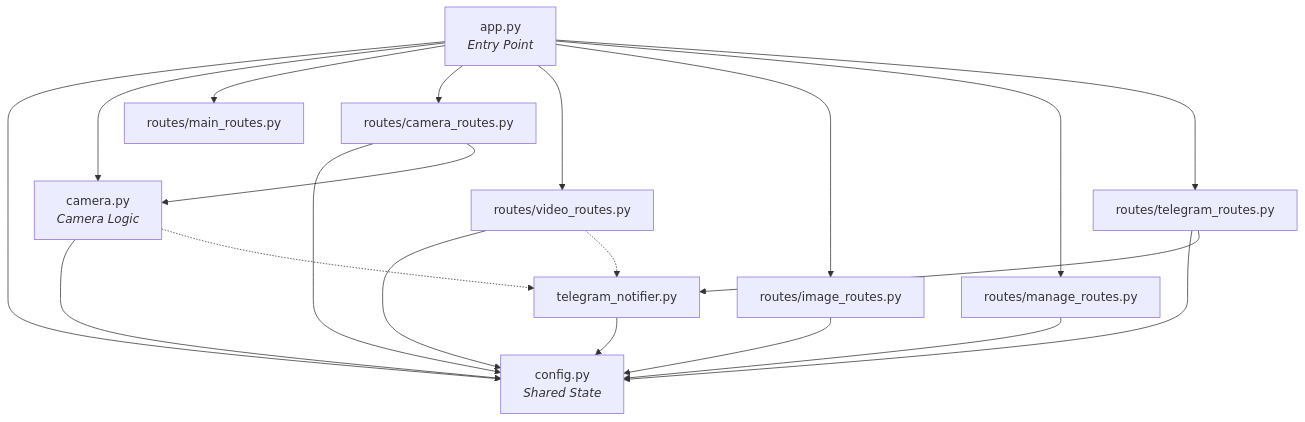
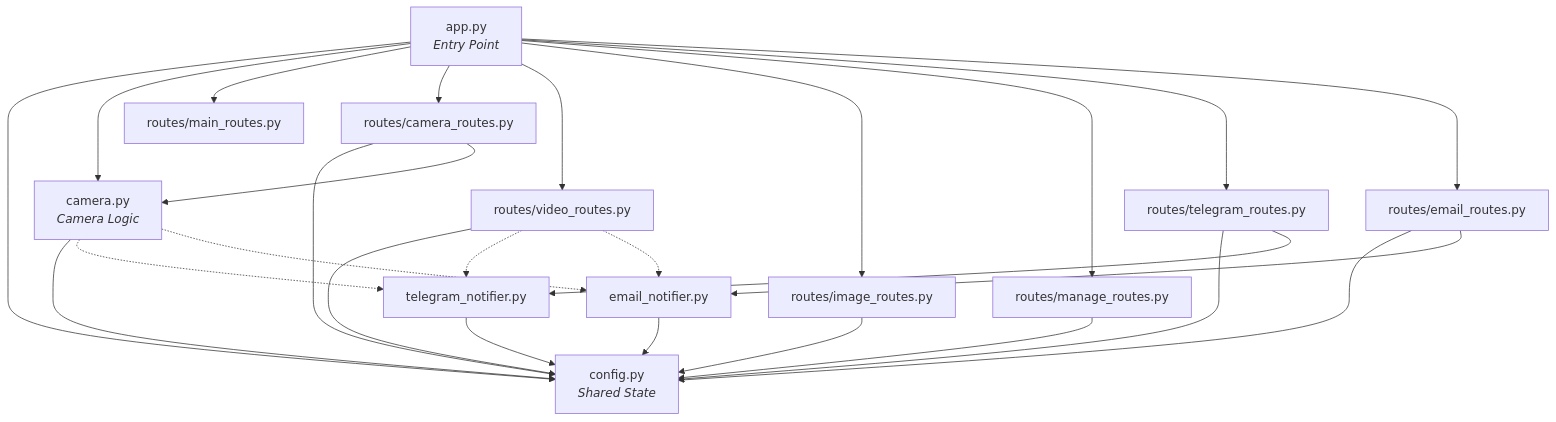
One commit to kietphuchau-create/yolo_cuoiky changed the diagram in README.md. Above: the diagram before and after it, drawn with Mermaid. The commit also changed other lines of this file, not shown here.

Commit message:
Update README.md with Email Notification details

````diff
--- a/README.md
+++ b/README.md
@@ -125,25 +128,33 @@
 ```mermaid
 graph TD
     A["app.py<br/><i>Entry Point</i>"] --> C["config.py<br/><i>Shared State</i>"]
     A --> CAM["camera.py<br/><i>Camera Logic</i>"]
     A --> MR["routes/main_routes.py"]
     A --> CR["routes/camera_routes.py"]
     A --> VR["routes/video_routes.py"]
     A --> IR["routes/image_routes.py"]
     A --> MGR["routes/manage_routes.py"]
     A --> TR["routes/telegram_routes.py"]
+    A --> ER["routes/email_routes.py"]
 
     CAM --> C
     CR --> C
     CR --> CAM
     VR --> C
     IR --> C
     MGR --> C
     TR --> C
+    ER --> C
     
     %% Telegram Alerts dependencies
     CAM -.-> TN["telegram_notifier.py"]
     VR -.-> TN
     TR --> TN
     TN --> C
+
+    %% Email Alerts dependencies
+    CAM -.-> EN["email_notifier.py"]
+    VR -.-> EN
+    ER --> EN
+    EN --> C
 ```
````
